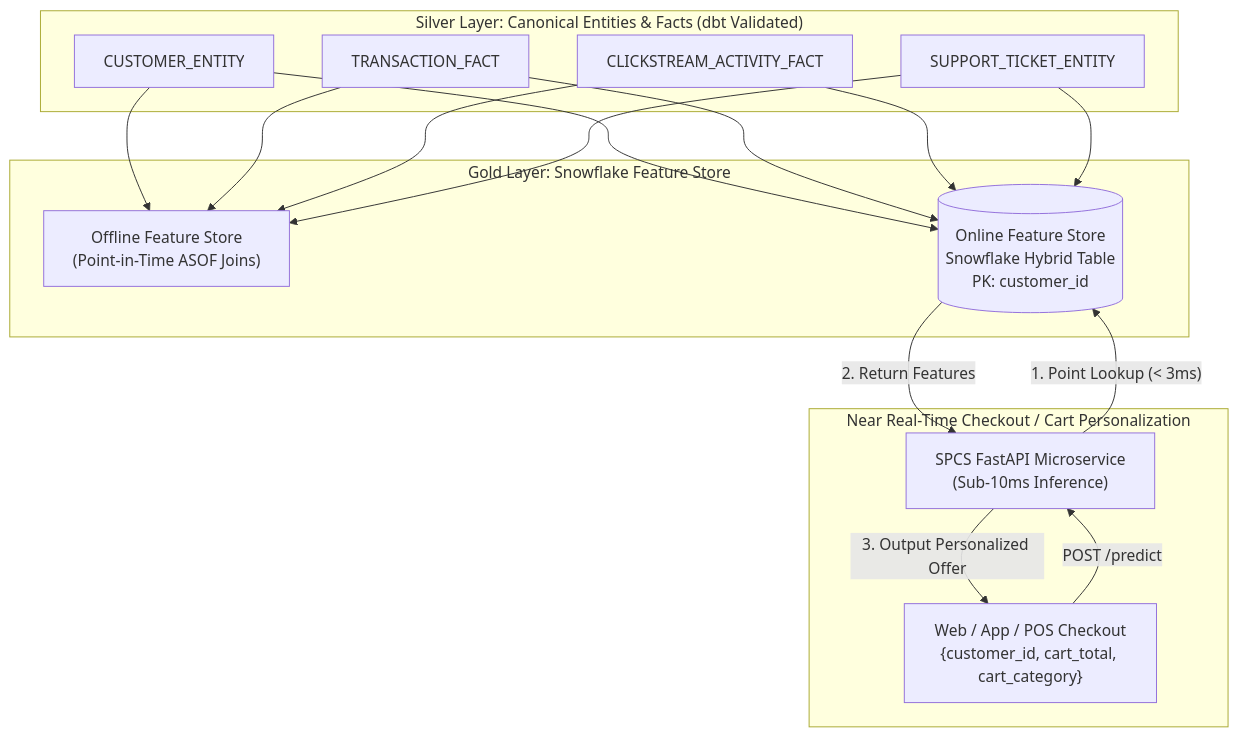
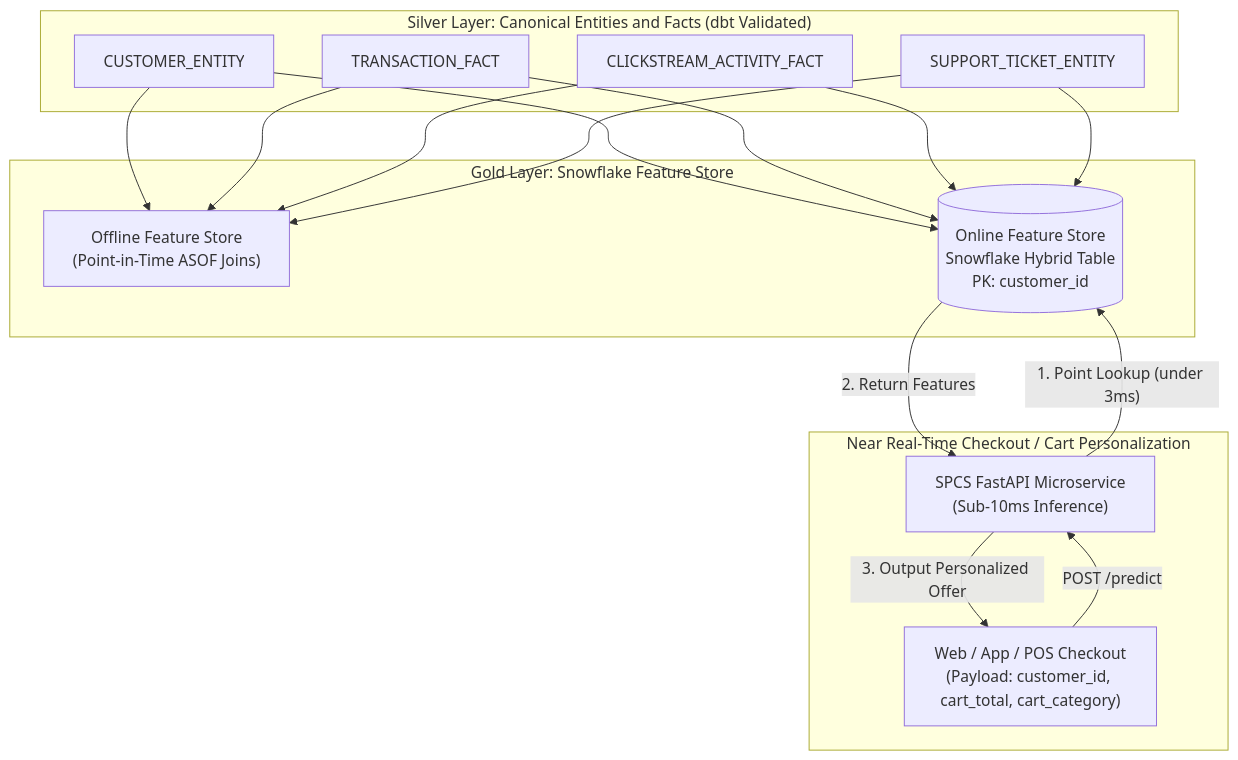
The second of 3 diagrams in snowflake_ml_architecture_design_document.md (Nitheesh-542072/retail-ml-project), drawn with Mermaid before and after one commit. The commit also changed other lines of this file, not shown here.

Commit message:
Fix Mermaid diagram parsing syntax for GitHub Markdown

````diff
--- a/snowflake_ml_architecture_design_document.md
+++ b/snowflake_ml_architecture_design_document.md
@@ -142,25 +146,32 @@
 ```mermaid
 flowchart TD
-    subgraph SILVER ["Silver Layer: Canonical Entities & Facts (dbt Validated)"]
+    subgraph SILVER ["Silver Layer: Canonical Entities and Facts (dbt Validated)"]
         CUST["CUSTOMER_ENTITY"]
         TXN["TRANSACTION_FACT"]
         ACT["CLICKSTREAM_ACTIVITY_FACT"]
         TKT["SUPPORT_TICKET_ENTITY"]
     end
 
     subgraph GOLD ["Gold Layer: Snowflake Feature Store"]
         FS_OFF["Offline Feature Store<br>(Point-in-Time ASOF Joins)"]
         FS_ON[("Online Feature Store<br>Snowflake Hybrid Table<br>PK: customer_id")]
     end
 
     subgraph SERVING ["Near Real-Time Checkout / Cart Personalization"]
-        CLI["Web / App / POS Checkout<br>{customer_id, cart_total, cart_category}"]
+        CLI["Web / App / POS Checkout<br>(Payload: customer_id, cart_total, cart_category)"]
         SPCS["SPCS FastAPI Microservice<br>(Sub-10ms Inference)"]
     end
 
-    CUST & TXN & ACT & TKT --> FS_OFF & FS_ON
+    CUST --> FS_OFF
+    TXN --> FS_OFF
+    ACT --> FS_OFF
+    TKT --> FS_OFF
+    CUST --> FS_ON
+    TXN --> FS_ON
+    ACT --> FS_ON
+    TKT --> FS_ON
     CLI -->|"POST /predict"| SPCS
-    SPCS -->|"1. Point Lookup (< 3ms)"| FS_ON
+    SPCS -->|"1. Point Lookup (under 3ms)"| FS_ON
     FS_ON -->|"2. Return Features"| SPCS
     SPCS -->|"3. Output Personalized Offer"| CLI
 ```
````
